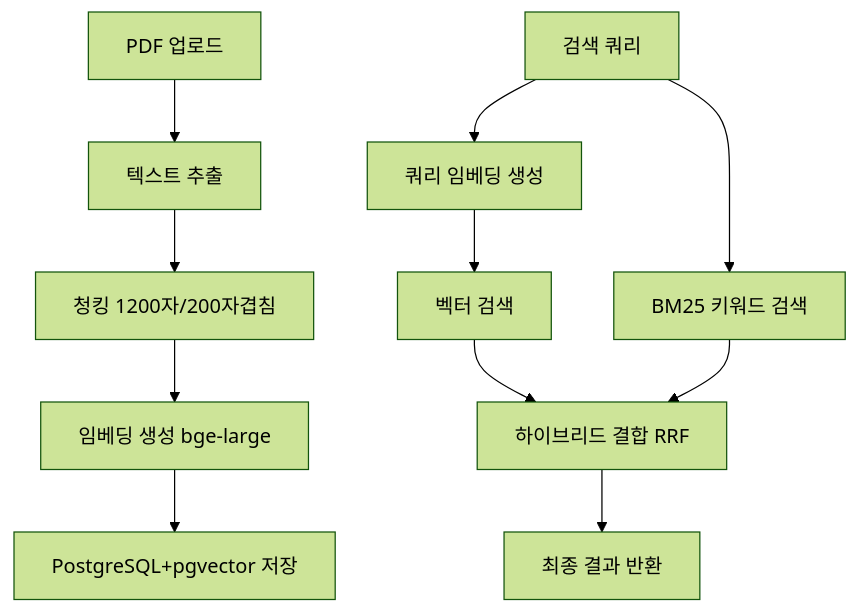
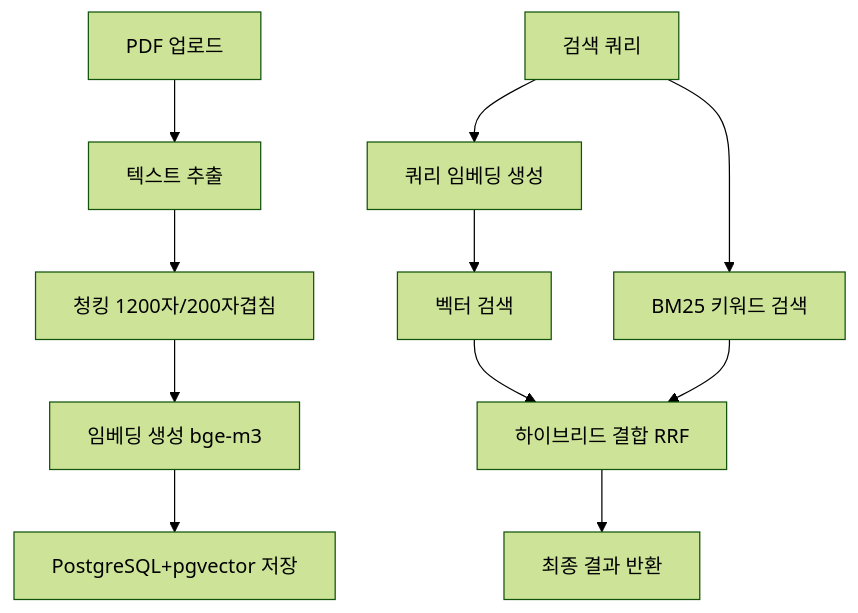
One commit to Labs0718/AiBee changed the diagram in suna-main/RAG_SYSTEM_OVERVIEW.md. Above: the diagram before and after it, drawn with Mermaid (forest theme). The commit also changed other lines of this file and 6 other files, not shown here.

````diff
--- a/suna-main/RAG_SYSTEM_OVERVIEW.md
+++ b/suna-main/RAG_SYSTEM_OVERVIEW.md
@@ -147,15 +147,15 @@
 ```mermaid
 graph TD
     A[PDF 업로드] --> B[텍스트 추출]
     B --> C[청킹 1200자/200자겹침]
-    C --> D[임베딩 생성 bge-large]
+    C --> D[임베딩 생성 bge-m3]
     D --> E[PostgreSQL+pgvector 저장]
 
     F[검색 쿼리] --> G[쿼리 임베딩 생성]
     G --> H[벡터 검색]
     F --> I[BM25 키워드 검색]
 
     H --> J[하이브리드 결합 RRF]
     I --> J
     J --> K[최종 결과 반환]
 ```
````
